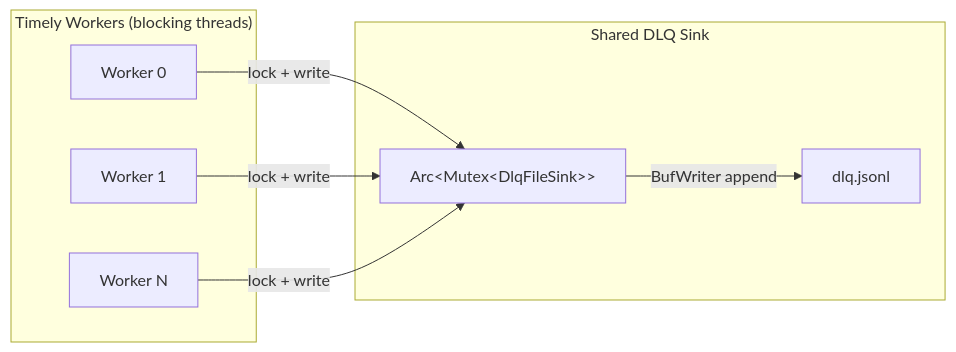
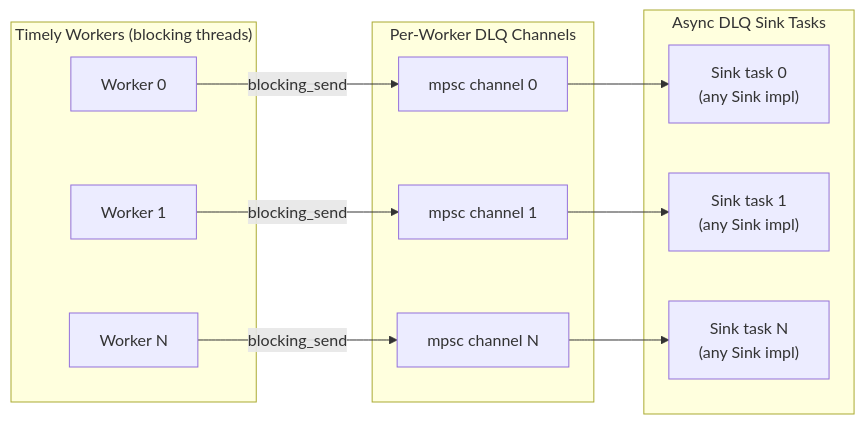
One commit to RcRonco/rhei changed the second of 3 diagrams in ADR/dead-letter-queue.md. Above: the diagram before and after it, drawn with Mermaid. The commit also changed other lines of this file and 12 other files, not shown here.

````diff
--- a/ADR/dead-letter-queue.md
+++ b/ADR/dead-letter-queue.md
@@ -83,18 +103,27 @@
 ```mermaid
 graph LR
     subgraph "Timely Workers (blocking threads)"
         W0[Worker 0]
         W1[Worker 1]
         W2[Worker N]
     end
 
-    subgraph "Shared DLQ Sink"
-        M["Arc&lt;Mutex&lt;DlqFileSink&gt;&gt;"]
-        F[dlq.jsonl]
+    subgraph "Per-Worker DLQ Channels"
+        C0["mpsc channel 0"]
+        C1["mpsc channel 1"]
+        C2["mpsc channel N"]
     end
 
-    W0 -->|lock + write| M
-    W1 -->|lock + write| M
-    W2 -->|lock + write| M
-    M -->|BufWriter append| F
+    subgraph "Async DLQ Sink Tasks"
+        S0["Sink task 0<br/>(any Sink impl)"]
+        S1["Sink task 1<br/>(any Sink impl)"]
+        S2["Sink task N<br/>(any Sink impl)"]
+    end
+
+    W0 -->|blocking_send| C0
+    W1 -->|blocking_send| C1
+    W2 -->|blocking_send| C2
+    C0 --> S0
+    C1 --> S1
+    C2 --> S2
 ```
````
